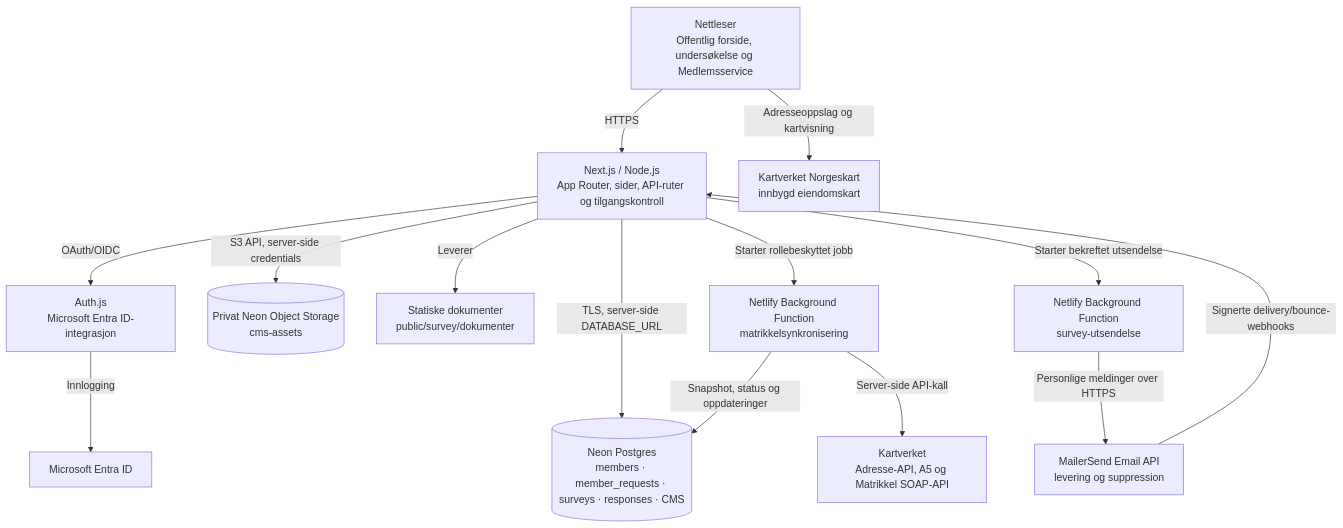
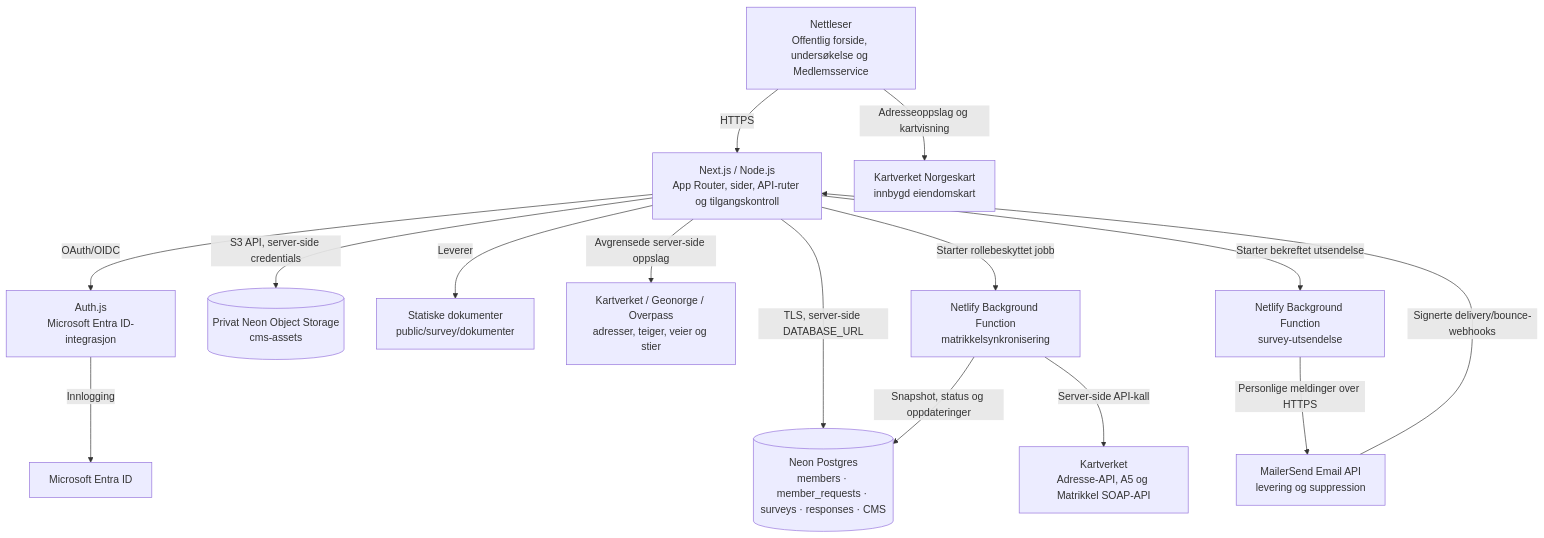
One commit to ibjohansen/tfv-poll changed the second of 6 diagrams in README.md. Above: the diagram before and after it, drawn with Mermaid. The commit also changed other lines of this file and 8 other files, not shown here.

````diff
--- a/README.md
+++ b/README.md
@@ -89,28 +124,30 @@
 ```mermaid
 flowchart TB
   browser["Nettleser\nOffentlig forside, undersøkelse og Medlemsservice"]
   next["Next.js / Node.js\nApp Router, sider, API-ruter og tilgangskontroll"]
   auth["Auth.js\nMicrosoft Entra ID-integrasjon"]
   db[("Neon Postgres\nmembers · member_requests · surveys · responses · CMS")]
   storage[("Privat Neon Object Storage\ncms-assets")]
   files["Statiske dokumenter\npublic/survey/dokumenter"]
   matrikkel["Kartverket\nAdresse-API, A5 og Matrikkel SOAP-API"]
   norgeskart["Kartverket Norgeskart\ninnbygd eiendomskart"]
+  geodata["Kartverket / Geonorge / Overpass\nadresser, teiger, veier og stier"]
   worker["Netlify Background Function\nmatrikkelsynkronisering"]
   emailworker["Netlify Background Function\nsurvey-utsendelse"]
   mailer["MailerSend Email API\nlevering og suppression"]
 
   browser -->|"HTTPS"| next
   next -->|"OAuth/OIDC"| auth
   auth -->|"Innlogging"| entra["Microsoft Entra ID"]
   next -->|"TLS, server-side DATABASE_URL"| db
   next -->|"S3 API, server-side credentials"| storage
   next -->|"Leverer"| files
   next -->|"Starter rollebeskyttet jobb"| worker
   next -->|"Starter bekreftet utsendelse"| emailworker
   emailworker -->|"Personlige meldinger over HTTPS"| mailer
   mailer -->|"Signerte delivery/bounce-webhooks"| next
   worker -->|"Server-side API-kall"| matrikkel
   browser -->|"Adresseoppslag og kartvisning"| norgeskart
+  next -->|"Avgrensede server-side oppslag"| geodata
   worker -->|"Snapshot, status og oppdateringer"| db
 ```
````
